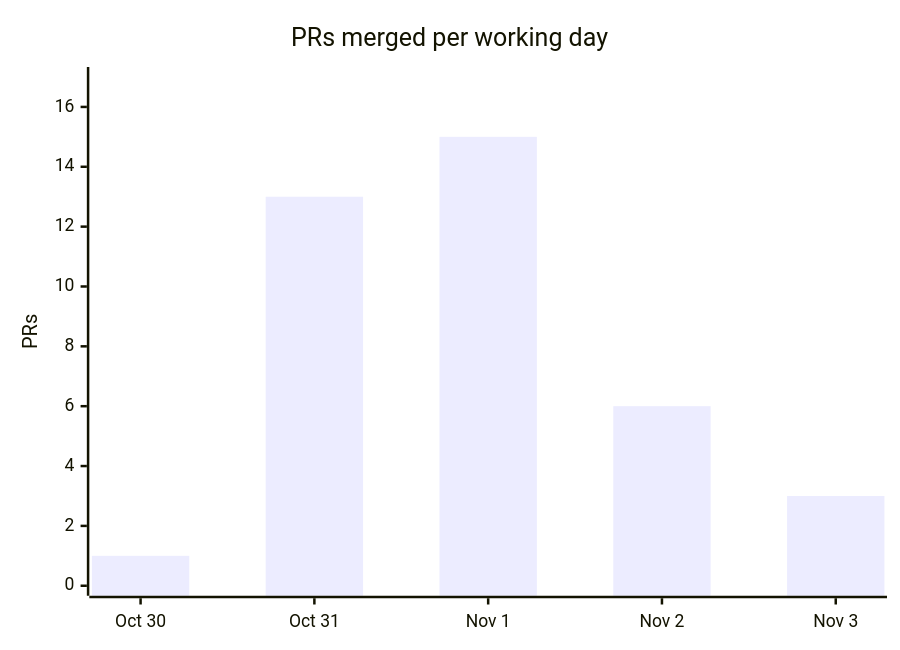
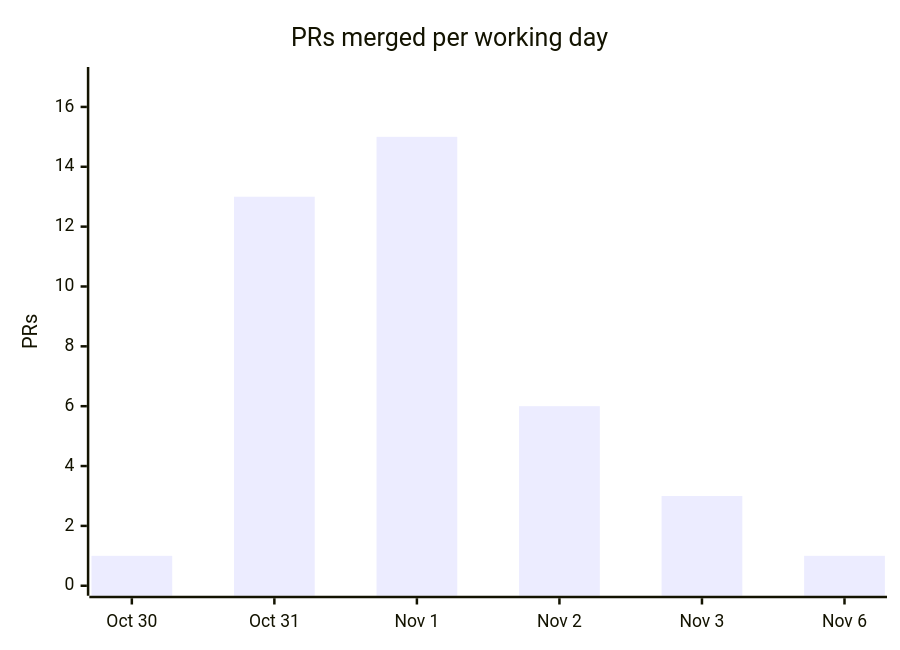
Before and after one commit to cmprssd/nfsh: the fourth of 4 diagrams in docs/OVERVIEW.md, drawn with Mermaid. The commit also changed other lines of this file and 8 other files, not shown here.

````diff
--- a/docs/OVERVIEW.md
+++ b/docs/OVERVIEW.md
@@ -139,7 +139,7 @@
 ```mermaid
 xychart-beta
     title "PRs merged per working day"
-    x-axis ["Oct 30", "Oct 31", "Nov 1", "Nov 2", "Nov 3"]
+    x-axis ["Oct 30", "Oct 31", "Nov 1", "Nov 2", "Nov 3", "Nov 6"]
     y-axis "PRs" 0 --> 17
-    bar [1, 13, 15, 6, 3]
+    bar [1, 13, 15, 6, 3, 1]
 ```
````
